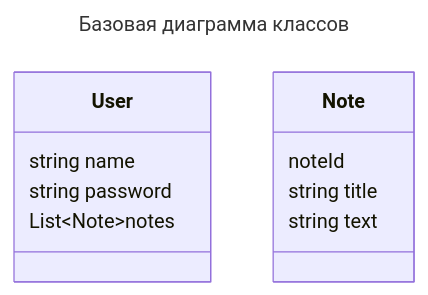
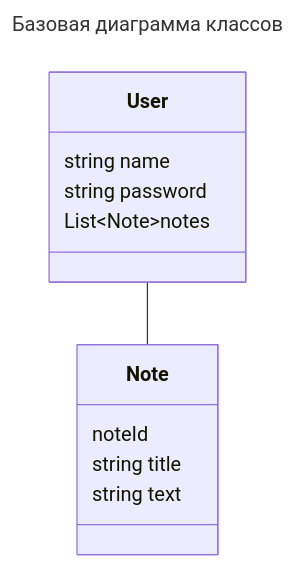
The diagram in README.md (phygitalism/test-task-backend), drawn with Mermaid before and after one commit.

````diff
--- a/README.md
+++ b/README.md
@@ -40,17 +40,19 @@
 ```mermaid
 ---
 title: Базовая диаграмма классов
 ---
 classDiagram
     class User {
         string name
         string password
         List~Note~notes
     }
 
     class Note {
         noteId
         string title
         string text
     }
+    
+    User--Note
 ```
````
